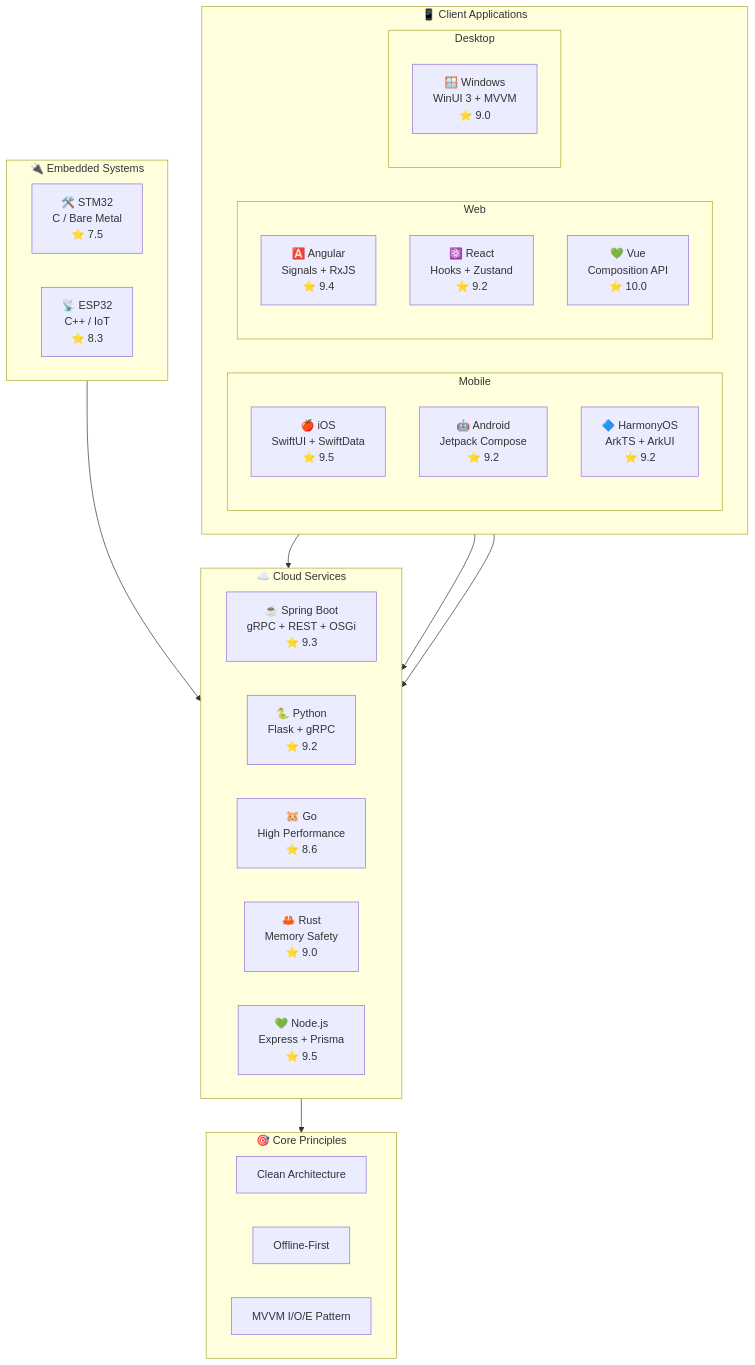
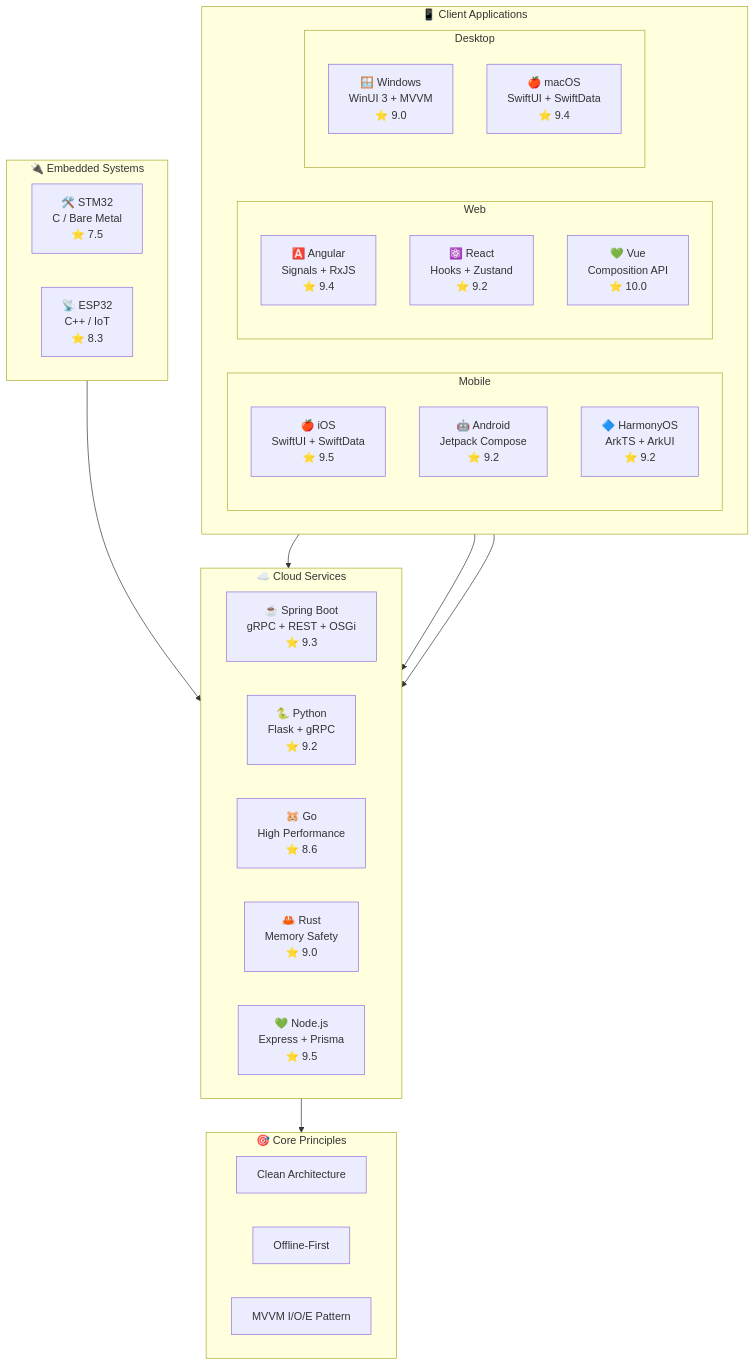
The diagram in README.md (jrjohn/jrjohn), drawn with Mermaid before and after one commit. The commit also changed other lines of this file, not shown here.

Commit message:
chore: add arcana-macos (Desktop macOS) to profile (#1)

````diff
--- a/README.md
+++ b/README.md
@@ -20,61 +20,63 @@
 ```mermaid
 flowchart TB
     subgraph Client["📱 Client Applications"]
         direction LR
         subgraph Mobile["Mobile"]
             iOS["🍎 iOS<br>SwiftUI + SwiftData<br>⭐ 9.5"]
             Android["🤖 Android<br>Jetpack Compose<br>⭐ 9.2"]
             HarmonyOS["🔷 HarmonyOS<br>ArkTS + ArkUI<br>⭐ 9.2"]
         end
         subgraph Web["Web"]
             Angular["🅰️ Angular<br>Signals + RxJS<br>⭐ 9.4"]
             React["⚛️ React<br>Hooks + Zustand<br>⭐ 9.2"]
             Vue["💚 Vue<br>Composition API<br>⭐ 10.0"]
         end
         subgraph Desktop["Desktop"]
             Windows["🪟 Windows<br>WinUI 3 + MVVM<br>⭐ 9.0"]
+            macOS["🍎 macOS<br>SwiftUI + SwiftData<br>⭐ 9.4"]
         end
     end
 
     subgraph Embedded["🔌 Embedded Systems"]
         direction LR
         STM32["🛠️ STM32<br>C / Bare Metal<br>⭐ 7.5"]
         ESP32["📡 ESP32<br>C++ / IoT<br>⭐ 8.3"]
     end
 
     subgraph Cloud["☁️ Cloud Services"]
         direction LR
         SpringBoot["☕ Spring Boot<br>gRPC + REST + OSGi<br>⭐ 9.3"]
         Python["🐍 Python<br>Flask + gRPC<br>⭐ 9.2"]
         Go["🐹 Go<br>High Performance<br>⭐ 8.6"]
         Rust["🦀 Rust<br>Memory Safety<br>⭐ 9.0"]
         NodeJS["💚 Node.js<br>Express + Prisma<br>⭐ 9.5"]
     end
 
     subgraph Core["🎯 Core Principles"]
         CA["Clean Architecture"]
         OF["Offline-First"]
         MVVM["MVVM I/O/E Pattern"]
     end
 
     Mobile --> Cloud
     Web --> Cloud
     Desktop --> Cloud
     Embedded --> Cloud
     Cloud --> Core
 
     click iOS "https://github.com/jrjohn/arcana-ios" _blank
     click Android "https://github.com/jrjohn/arcana-android" _blank
     click HarmonyOS "https://github.com/jrjohn/arcana-harmonyos" _blank
     click Angular "https://github.com/jrjohn/arcana-angular" _blank
     click React "https://github.com/jrjohn/arcana-react" _blank
     click Vue "https://github.com/jrjohn/arcana-vue" _blank
     click Windows "https://github.com/jrjohn/arcana-windows" _blank
+    click macOS "https://github.com/jrjohn/arcana-macos" _blank
     click STM32 "https://github.com/jrjohn/arcana-embedded-stm32" _blank
     click ESP32 "https://github.com/jrjohn/arcana-embedded-esp32" _blank
     click SpringBoot "https://github.com/jrjohn/arcana-cloud-springboot" _blank
     click Python "https://github.com/jrjohn/arcana-cloud-python" _blank
     click Go "https://github.com/jrjohn/arcana-cloud-go" _blank
     click Rust "https://github.com/jrjohn/arcana-cloud-rust" _blank
     click NodeJS "https://github.com/jrjohn/arcana-cloud-nodejs" _blank
 ```
````
